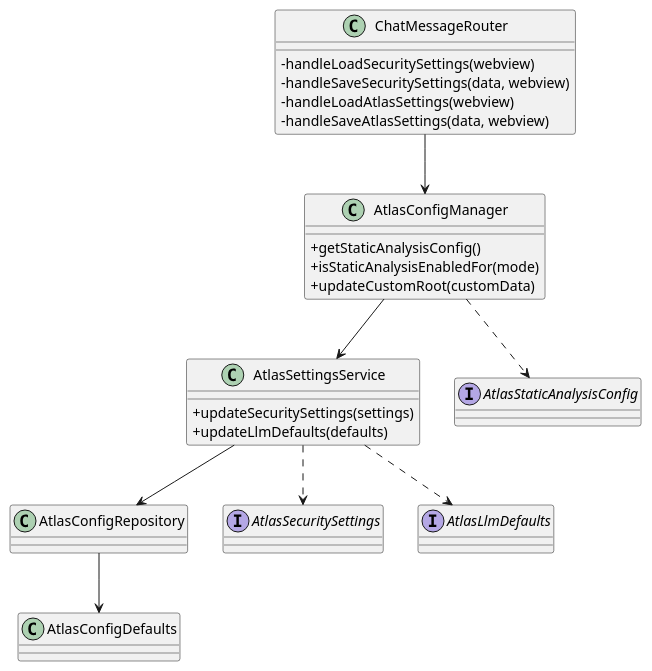
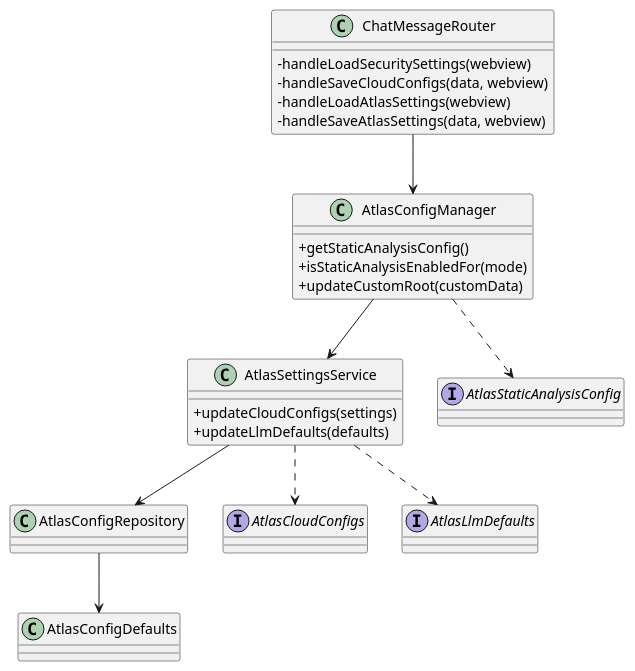
One commit to JVictorVI/ATLAS changed diagram 15 of 40 in docs/plantuml-diagramas-por-caso-de-uso-atlas.md. Above: the diagram before and after it, drawn with PlantUML. The commit also changed other lines of this file and 21 other files, not shown here.

````diff
--- a/docs/plantuml-diagramas-por-caso-de-uso-atlas.md
+++ b/docs/plantuml-diagramas-por-caso-de-uso-atlas.md
@@ -598,35 +598,35 @@
 ```plantuml
 @startuml
 skinparam shadowing false
 skinparam classAttributeIconSize 0
 
 class ChatMessageRouter {
   -handleLoadSecuritySettings(webview)
-  -handleSaveSecuritySettings(data, webview)
+  -handleSaveCloudConfigs(data, webview)
   -handleLoadAtlasSettings(webview)
   -handleSaveAtlasSettings(data, webview)
 }
 class AtlasConfigManager {
   +getStaticAnalysisConfig()
   +isStaticAnalysisEnabledFor(mode)
   +updateCustomRoot(customData)
 }
 class AtlasSettingsService {
-  +updateSecuritySettings(settings)
+  +updateCloudConfigs(settings)
   +updateLlmDefaults(defaults)
 }
 class AtlasConfigRepository
 class AtlasConfigDefaults
-interface AtlasSecuritySettings
+interface AtlasCloudConfigs
 interface AtlasLlmDefaults
 interface AtlasStaticAnalysisConfig
 
 ChatMessageRouter --> AtlasConfigManager
 AtlasConfigManager --> AtlasSettingsService
 AtlasSettingsService --> AtlasConfigRepository
 AtlasConfigRepository --> AtlasConfigDefaults
-AtlasSettingsService ..> AtlasSecuritySettings
+AtlasSettingsService ..> AtlasCloudConfigs
 AtlasSettingsService ..> AtlasLlmDefaults
 AtlasConfigManager ..> AtlasStaticAnalysisConfig
 @enduml
 ```
````
